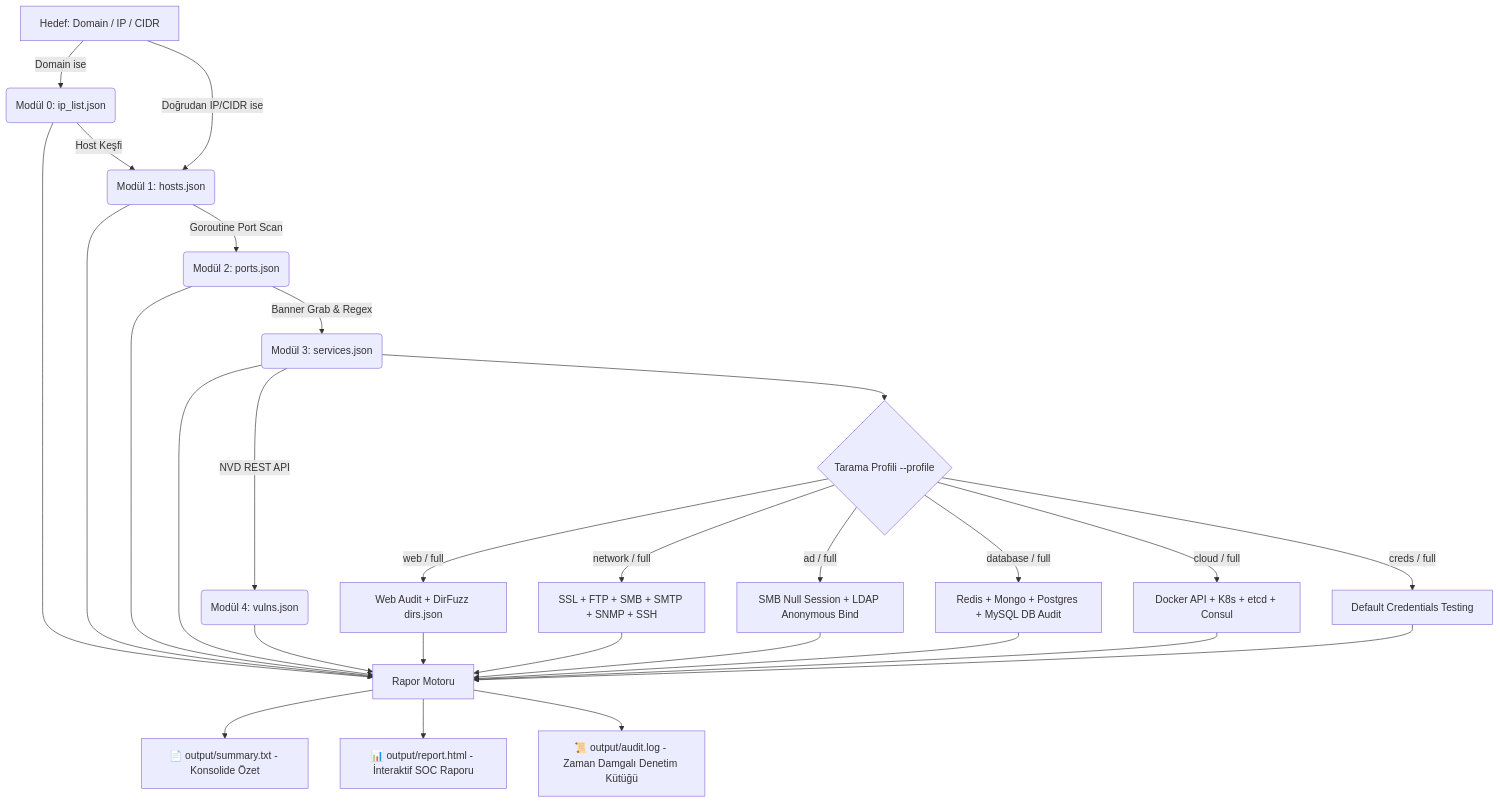
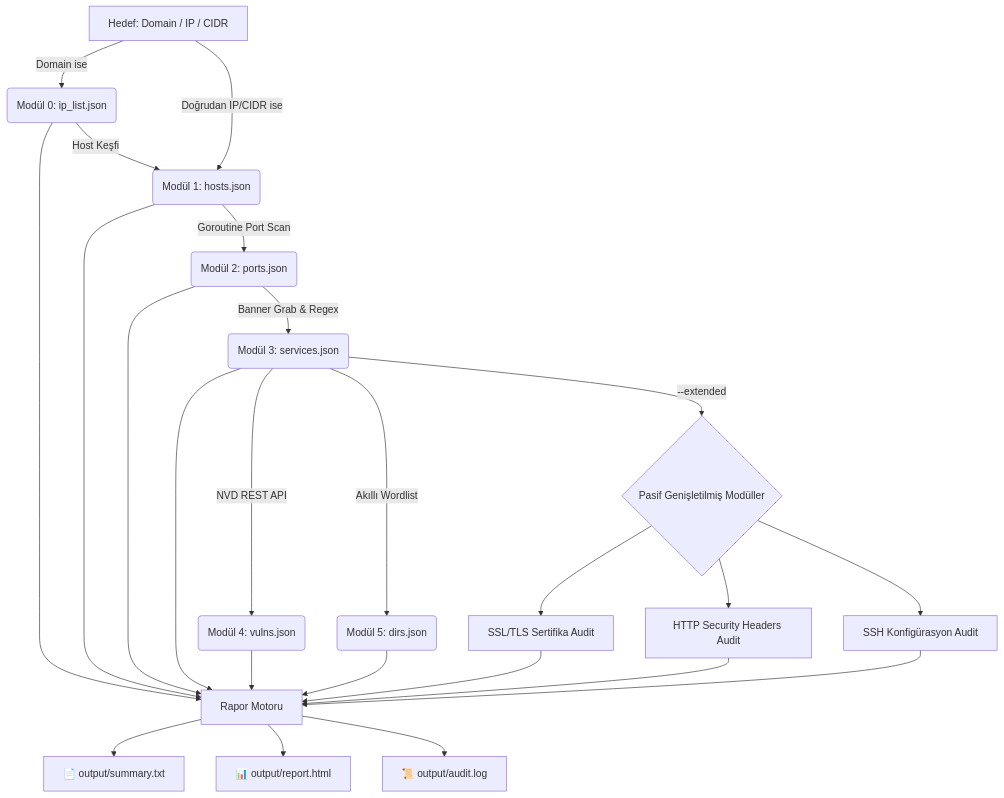
Before and after one commit to 1Ssalih/SpecterRecon: the diagram in README.md, drawn with Mermaid. The commit also changed other lines of this file and 35 other files, not shown here.

````diff
--- a/README.md
+++ b/README.md
@@ -78,33 +79,29 @@
 ```mermaid
 graph TD
     A[Hedef: Domain / IP / CIDR] -->|Domain ise| B(Modül 0: ip_list.json)
     B -->|Host Keşfi| C(Modül 1: hosts.json)
     A -->|Doğrudan IP/CIDR ise| C
     C -->|Goroutine Port Scan| D(Modül 2: ports.json)
     D -->|Banner Grab & Regex| E(Modül 3: services.json)
     E -->|NVD REST API| F(Modül 4: vulns.json)
+    E -->|Akıllı Wordlist| G(Modül 5: dirs.json)
     
-    E --> G{Tarama Profili --profile}
-    G -->|web / full| H1[Web Audit + DirFuzz dirs.json]
-    G -->|network / full| H2[SSL + FTP + SMB + SMTP + SNMP + SSH]
-    G -->|ad / full| H3[SMB Null Session + LDAP Anonymous Bind]
-    G -->|database / full| H4[Redis + Mongo + Postgres + MySQL DB Audit]
-    G -->|cloud / full| H5[Docker API + K8s + etcd + Consul]
-    G -->|creds / full| H6[Default Credentials Testing]
+    E -->|--extended| H{Pasif Genişletilmiş Modüller}
+    H --> H1[SSL/TLS Sertifika Audit]
+    H --> H2[HTTP Security Headers Audit]
+    H --> H3[SSH Konfigürasyon Audit]
     
     B --> R[Rapor Motoru]
     C --> R
     D --> R
     E --> R
     F --> R
+    G --> R
     H1 --> R
     H2 --> R
     H3 --> R
-    H4 --> R
-    H5 --> R
-    H6 --> R
     
-    R --> OUT1[📄 output/summary.txt - Konsolide Özet]
-    R --> OUT2[📊 output/report.html - İnteraktif SOC Raporu]
-    R --> OUT3[📜 output/audit.log - Zaman Damgalı Denetim Kütüğü]
+    R --> OUT1[📄 output/summary.txt]
+    R --> OUT2[📊 output/report.html]
+    R --> OUT3[📜 output/audit.log]
 ```
````
